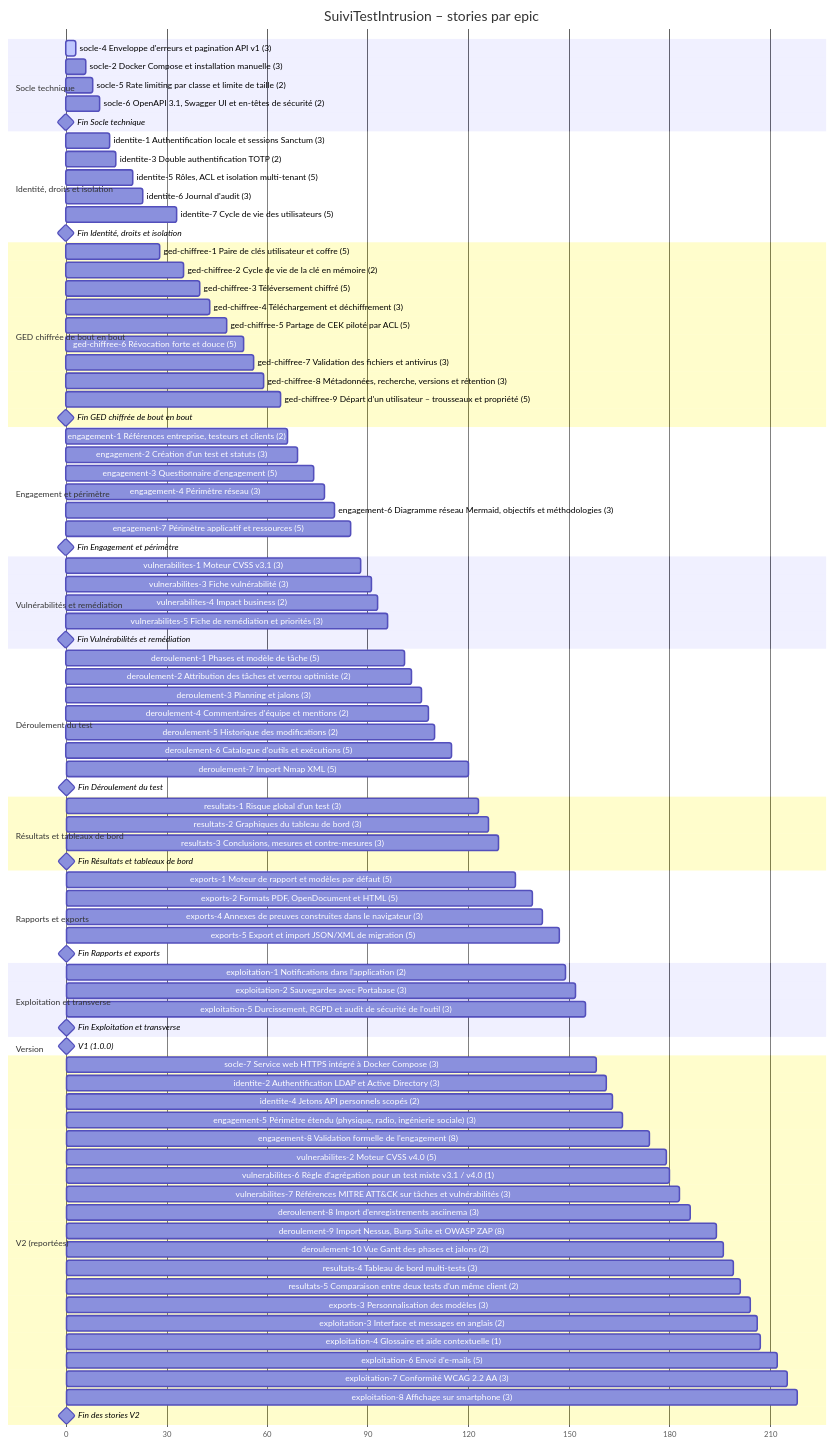
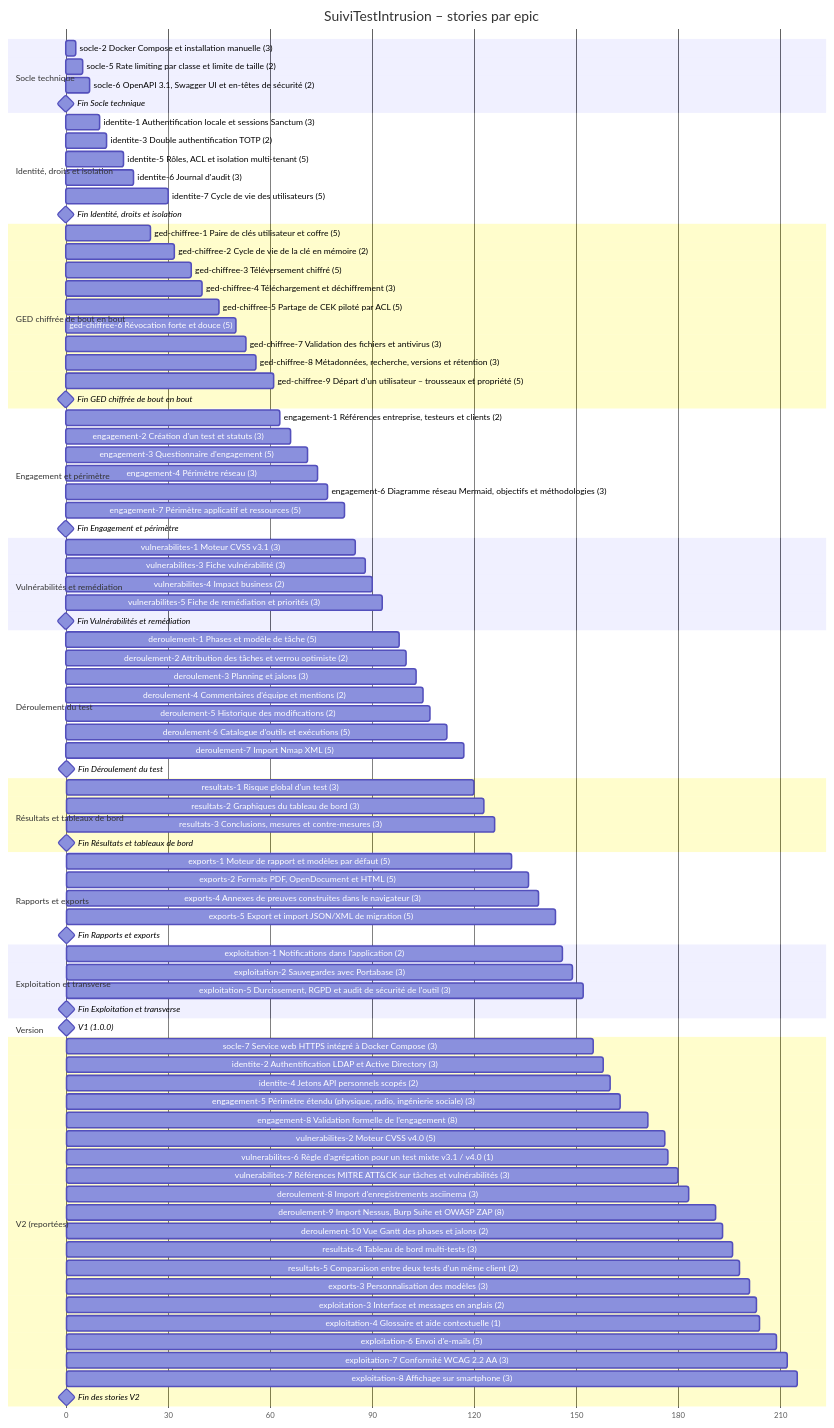
Before and after one commit to ILPlais/SuiviTestIntrusion: the second of 2 diagrams in docs/20-29 Développement/22 Planification/22.01 Planification du développement.md, drawn with Mermaid. The commit also changed other lines of this file and 4 other files, not shown here.

````diff
--- a/docs/20-29 Développement/22 Planification/22.01 Planification du développement.md
+++ b/docs/20-29 Développement/22 Planification/22.01 Planification du développement.md
@@ -76,89 +76,88 @@
     dateFormat X
     axisFormat %s
     section Socle technique
-    socle-4 Enveloppe d'erreurs et pagination API v1 (3) :active, socle_4, 0, 3
-    socle-2 Docker Compose et installation manuelle (3) :socle_2, 3, 6
-    socle-5 Rate limiting par classe et limite de taille (2) :socle_5, 6, 8
-    socle-6 OpenAPI 3.1, Swagger UI et en-têtes de sécurité (2) :socle_6, 8, 10
-    Fin Socle technique :milestone, m_socle, 10, 0d
+    socle-2 Docker Compose et installation manuelle (3) :socle_2, 0, 3
+    socle-5 Rate limiting par classe et limite de taille (2) :socle_5, 3, 5
+    socle-6 OpenAPI 3.1, Swagger UI et en-têtes de sécurité (2) :socle_6, 5, 7
+    Fin Socle technique :milestone, m_socle, 7, 0d
     section Identité, droits et isolation
-    identite-1 Authentification locale et sessions Sanctum (3) :identite_1, 10, 13
-    identite-3 Double authentification TOTP (2) :identite_3, 13, 15
-    identite-5 Rôles, ACL et isolation multi-tenant (5) :identite_5, 15, 20
-    identite-6 Journal d'audit (3) :identite_6, 20, 23
-    identite-7 Cycle de vie des utilisateurs (5) :identite_7, 28, 33
-    Fin Identité, droits et isolation :milestone, m_identite, 33, 0d
+    identite-1 Authentification locale et sessions Sanctum (3) :identite_1, 7, 10
+    identite-3 Double authentification TOTP (2) :identite_3, 10, 12
+    identite-5 Rôles, ACL et isolation multi-tenant (5) :identite_5, 12, 17
+    identite-6 Journal d'audit (3) :identite_6, 17, 20
+    identite-7 Cycle de vie des utilisateurs (5) :identite_7, 25, 30
+    Fin Identité, droits et isolation :milestone, m_identite, 30, 0d
     section GED chiffrée de bout en bout
-    ged-chiffree-1 Paire de clés utilisateur et coffre (5) :ged_chiffree_1, 23, 28
-    ged-chiffree-2 Cycle de vie de la clé en mémoire (2) :ged_chiffree_2, 33, 35
-    ged-chiffree-3 Téléversement chiffré (5) :ged_chiffree_3, 35, 40
-    ged-chiffree-4 Téléchargement et déchiffrement (3) :ged_chiffree_4, 40, 43
-    ged-chiffree-5 Partage de CEK piloté par ACL (5) :ged_chiffree_5, 43, 48
-    ged-chiffree-6 Révocation forte et douce (5) :ged_chiffree_6, 48, 53
-    ged-chiffree-7 Validation des fichiers et antivirus (3) :ged_chiffree_7, 53, 56
-    ged-chiffree-8 Métadonnées, recherche, versions et rétention (3) :ged_chiffree_8, 56, 59
-    ged-chiffree-9 Départ d'un utilisateur – trousseaux et propriété (5) :ged_chiffree_9, 59, 64
-    Fin GED chiffrée de bout en bout :milestone, m_ged_chiffree, 64, 0d
+    ged-chiffree-1 Paire de clés utilisateur et coffre (5) :ged_chiffree_1, 20, 25
+    ged-chiffree-2 Cycle de vie de la clé en mémoire (2) :ged_chiffree_2, 30, 32
+    ged-chiffree-3 Téléversement chiffré (5) :ged_chiffree_3, 32, 37
+    ged-chiffree-4 Téléchargement et déchiffrement (3) :ged_chiffree_4, 37, 40
+    ged-chiffree-5 Partage de CEK piloté par ACL (5) :ged_chiffree_5, 40, 45
+    ged-chiffree-6 Révocation forte et douce (5) :ged_chiffree_6, 45, 50
+    ged-chiffree-7 Validation des fichiers et antivirus (3) :ged_chiffree_7, 50, 53
+    ged-chiffree-8 Métadonnées, recherche, versions et rétention (3) :ged_chiffree_8, 53, 56
+    ged-chiffree-9 Départ d'un utilisateur – trousseaux et propriété (5) :ged_chiffree_9, 56, 61
+    Fin GED chiffrée de bout en bout :milestone, m_ged_chiffree, 61, 0d
     section Engagement et périmètre
-    engagement-1 Références entreprise, testeurs et clients (2) :engagement_1, 64, 66
-    engagement-2 Création d'un test et statuts (3) :engagement_2, 66, 69
-    engagement-3 Questionnaire d'engagement (5) :engagement_3, 69, 74
-    engagement-4 Périmètre réseau (3) :engagement_4, 74, 77
-    engagement-6 Diagramme réseau Mermaid, objectifs et méthodologies (3) :engagement_6, 77, 80
-    engagement-7 Périmètre applicatif et ressources (5) :engagement_7, 80, 85
-    Fin Engagement et périmètre :milestone, m_engagement, 85, 0d
+    engagement-1 Références entreprise, testeurs et clients (2) :engagement_1, 61, 63
+    engagement-2 Création d'un test et statuts (3) :engagement_2, 63, 66
+    engagement-3 Questionnaire d'engagement (5) :engagement_3, 66, 71
+    engagement-4 Périmètre réseau (3) :engagement_4, 71, 74
+    engagement-6 Diagramme réseau Mermaid, objectifs et méthodologies (3) :engagement_6, 74, 77
+    engagement-7 Périmètre applicatif et ressources (5) :engagement_7, 77, 82
+    Fin Engagement et périmètre :milestone, m_engagement, 82, 0d
     section Vulnérabilités et remédiation
-    vulnerabilites-1 Moteur CVSS v3.1 (3) :vulnerabilites_1, 85, 88
-    vulnerabilites-3 Fiche vulnérabilité (3) :vulnerabilites_3, 88, 91
-    vulnerabilites-4 Impact business (2) :vulnerabilites_4, 91, 93
-    vulnerabilites-5 Fiche de remédiation et priorités (3) :vulnerabilites_5, 93, 96
-    Fin Vulnérabilités et remédiation :milestone, m_vulnerabilites, 96, 0d
+    vulnerabilites-1 Moteur CVSS v3.1 (3) :vulnerabilites_1, 82, 85
+    vulnerabilites-3 Fiche vulnérabilité (3) :vulnerabilites_3, 85, 88
+    vulnerabilites-4 Impact business (2) :vulnerabilites_4, 88, 90
+    vulnerabilites-5 Fiche de remédiation et priorités (3) :vulnerabilites_5, 90, 93
+    Fin Vulnérabilités et remédiation :milestone, m_vulnerabilites, 93, 0d
     section Déroulement du test
-    deroulement-1 Phases et modèle de tâche (5) :deroulement_1, 96, 101
-    deroulement-2 Attribution des tâches et verrou optimiste (2) :deroulement_2, 101, 103
-    deroulement-3 Planning et jalons (3) :deroulement_3, 103, 106
-    deroulement-4 Commentaires d'équipe et mentions (2) :deroulement_4, 106, 108
-    deroulement-5 Historique des modifications (2) :deroulement_5, 108, 110
-    deroulement-6 Catalogue d'outils et exécutions (5) :deroulement_6, 110, 115
-    deroulement-7 Import Nmap XML (5) :deroulement_7, 115, 120
-    Fin Déroulement du test :milestone, m_deroulement, 120, 0d
+    deroulement-1 Phases et modèle de tâche (5) :deroulement_1, 93, 98
+    deroulement-2 Attribution des tâches et verrou optimiste (2) :deroulement_2, 98, 100
+    deroulement-3 Planning et jalons (3) :deroulement_3, 100, 103
+    deroulement-4 Commentaires d'équipe et mentions (2) :deroulement_4, 103, 105
+    deroulement-5 Historique des modifications (2) :deroulement_5, 105, 107
+    deroulement-6 Catalogue d'outils et exécutions (5) :deroulement_6, 107, 112
+    deroulement-7 Import Nmap XML (5) :deroulement_7, 112, 117
+    Fin Déroulement du test :milestone, m_deroulement, 117, 0d
     section Résultats et tableaux de bord
-    resultats-1 Risque global d'un test (3) :resultats_1, 120, 123
-    resultats-2 Graphiques du tableau de bord (3) :resultats_2, 123, 126
-    resultats-3 Conclusions, mesures et contre-mesures (3) :resultats_3, 126, 129
-    Fin Résultats et tableaux de bord :milestone, m_resultats, 129, 0d
+    resultats-1 Risque global d'un test (3) :resultats_1, 117, 120
+    resultats-2 Graphiques du tableau de bord (3) :resultats_2, 120, 123
+    resultats-3 Conclusions, mesures et contre-mesures (3) :resultats_3, 123, 126
+    Fin Résultats et tableaux de bord :milestone, m_resultats, 126, 0d
     section Rapports et exports
-    exports-1 Moteur de rapport et modèles par défaut (5) :exports_1, 129, 134
-    exports-2 Formats PDF, OpenDocument et HTML (5) :exports_2, 134, 139
-    exports-4 Annexes de preuves construites dans le navigateur (3) :exports_4, 139, 142
-    exports-5 Export et import JSON/XML de migration (5) :exports_5, 142, 147
-    Fin Rapports et exports :milestone, m_exports, 147, 0d
+    exports-1 Moteur de rapport et modèles par défaut (5) :exports_1, 126, 131
+    exports-2 Formats PDF, OpenDocument et HTML (5) :exports_2, 131, 136
+    exports-4 Annexes de preuves construites dans le navigateur (3) :exports_4, 136, 139
+    exports-5 Export et import JSON/XML de migration (5) :exports_5, 139, 144
+    Fin Rapports et exports :milestone, m_exports, 144, 0d
     section Exploitation et transverse
-    exploitation-1 Notifications dans l'application (2) :exploitation_1, 147, 149
-    exploitation-2 Sauvegardes avec Portabase (3) :exploitation_2, 149, 152
-    exploitation-5 Durcissement, RGPD et audit de sécurité de l'outil (3) :exploitation_5, 152, 155
-    Fin Exploitation et transverse :milestone, m_exploitation, 155, 0d
+    exploitation-1 Notifications dans l'application (2) :exploitation_1, 144, 146
+    exploitation-2 Sauvegardes avec Portabase (3) :exploitation_2, 146, 149
+    exploitation-5 Durcissement, RGPD et audit de sécurité de l'outil (3) :exploitation_5, 149, 152
+    Fin Exploitation et transverse :milestone, m_exploitation, 152, 0d
     section Version
-    V1 (1.0.0) :milestone, v1d, 155, 0d
+    V1 (1.0.0) :milestone, v1d, 152, 0d
     section V2 (reportées)
-    socle-7 Service web HTTPS intégré à Docker Compose (3) :socle_7, 155, 158
-    identite-2 Authentification LDAP et Active Directory (3) :identite_2, 158, 161
-    identite-4 Jetons API personnels scopés (2) :identite_4, 161, 163
-    engagement-5 Périmètre étendu (physique, radio, ingénierie sociale) (3) :engagement_5, 163, 166
-    engagement-8 Validation formelle de l'engagement (8) :engagement_8, 166, 174
-    vulnerabilites-2 Moteur CVSS v4.0 (5) :vulnerabilites_2, 174, 179
-    vulnerabilites-6 Règle d'agrégation pour un test mixte v3.1 / v4.0 (1) :vulnerabilites_6, 179, 180
-    vulnerabilites-7 Références MITRE ATT&CK sur tâches et vulnérabilités (3) :vulnerabilites_7, 180, 183
-    deroulement-8 Import d'enregistrements asciinema (3) :deroulement_8, 183, 186
-    deroulement-9 Import Nessus, Burp Suite et OWASP ZAP (8) :deroulement_9, 186, 194
-    deroulement-10 Vue Gantt des phases et jalons (2) :deroulement_10, 194, 196
-    resultats-4 Tableau de bord multi-tests (3) :resultats_4, 196, 199
-    resultats-5 Comparaison entre deux tests d'un même client (2) :resultats_5, 199, 201
-    exports-3 Personnalisation des modèles (3) :exports_3, 201, 204
-    exploitation-3 Interface et messages en anglais (2) :exploitation_3, 204, 206
-    exploitation-4 Glossaire et aide contextuelle (1) :exploitation_4, 206, 207
-    exploitation-6 Envoi d'e-mails (5) :exploitation_6, 207, 212
-    exploitation-7 Conformité WCAG 2.2 AA (3) :exploitation_7, 212, 215
-    exploitation-8 Affichage sur smartphone (3) :exploitation_8, 215, 218
-    Fin des stories V2 :milestone, v2d, 218, 0d
+    socle-7 Service web HTTPS intégré à Docker Compose (3) :socle_7, 152, 155
+    identite-2 Authentification LDAP et Active Directory (3) :identite_2, 155, 158
+    identite-4 Jetons API personnels scopés (2) :identite_4, 158, 160
+    engagement-5 Périmètre étendu (physique, radio, ingénierie sociale) (3) :engagement_5, 160, 163
+    engagement-8 Validation formelle de l'engagement (8) :engagement_8, 163, 171
+    vulnerabilites-2 Moteur CVSS v4.0 (5) :vulnerabilites_2, 171, 176
+    vulnerabilites-6 Règle d'agrégation pour un test mixte v3.1 / v4.0 (1) :vulnerabilites_6, 176, 177
+    vulnerabilites-7 Références MITRE ATT&CK sur tâches et vulnérabilités (3) :vulnerabilites_7, 177, 180
+    deroulement-8 Import d'enregistrements asciinema (3) :deroulement_8, 180, 183
+    deroulement-9 Import Nessus, Burp Suite et OWASP ZAP (8) :deroulement_9, 183, 191
+    deroulement-10 Vue Gantt des phases et jalons (2) :deroulement_10, 191, 193
+    resultats-4 Tableau de bord multi-tests (3) :resultats_4, 193, 196
+    resultats-5 Comparaison entre deux tests d'un même client (2) :resultats_5, 196, 198
+    exports-3 Personnalisation des modèles (3) :exports_3, 198, 201
+    exploitation-3 Interface et messages en anglais (2) :exploitation_3, 201, 203
+    exploitation-4 Glossaire et aide contextuelle (1) :exploitation_4, 203, 204
+    exploitation-6 Envoi d'e-mails (5) :exploitation_6, 204, 209
+    exploitation-7 Conformité WCAG 2.2 AA (3) :exploitation_7, 209, 212
+    exploitation-8 Affichage sur smartphone (3) :exploitation_8, 212, 215
+    Fin des stories V2 :milestone, v2d, 215, 0d
 ```
````
